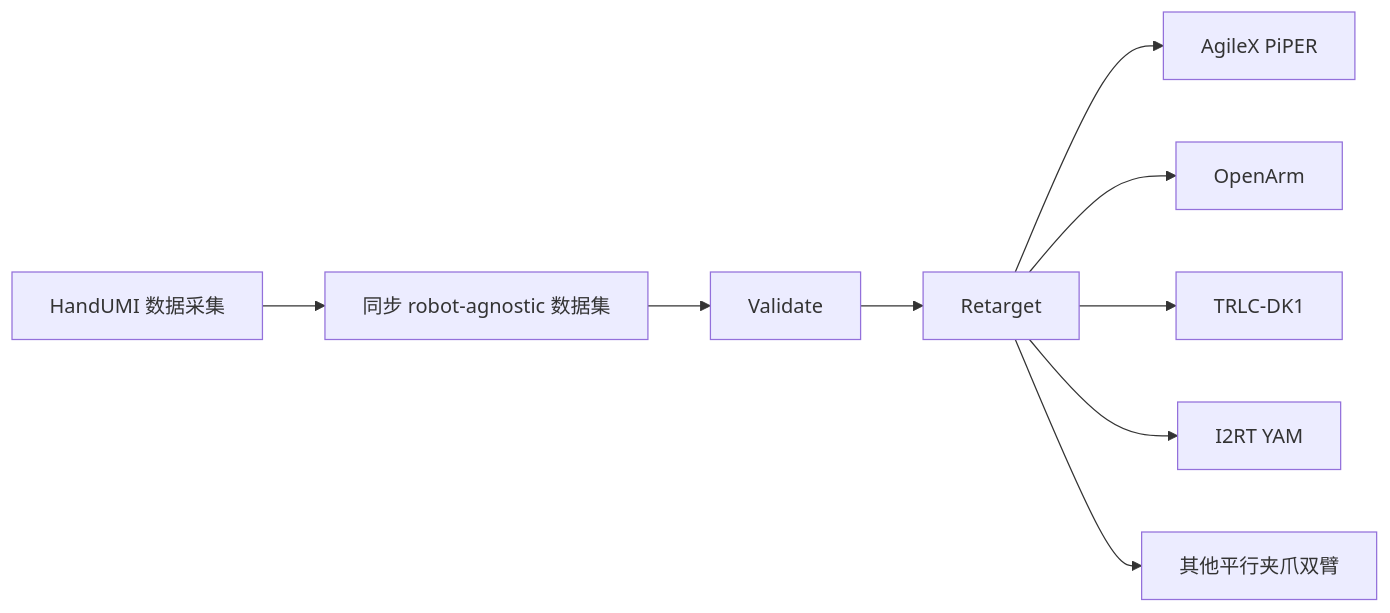
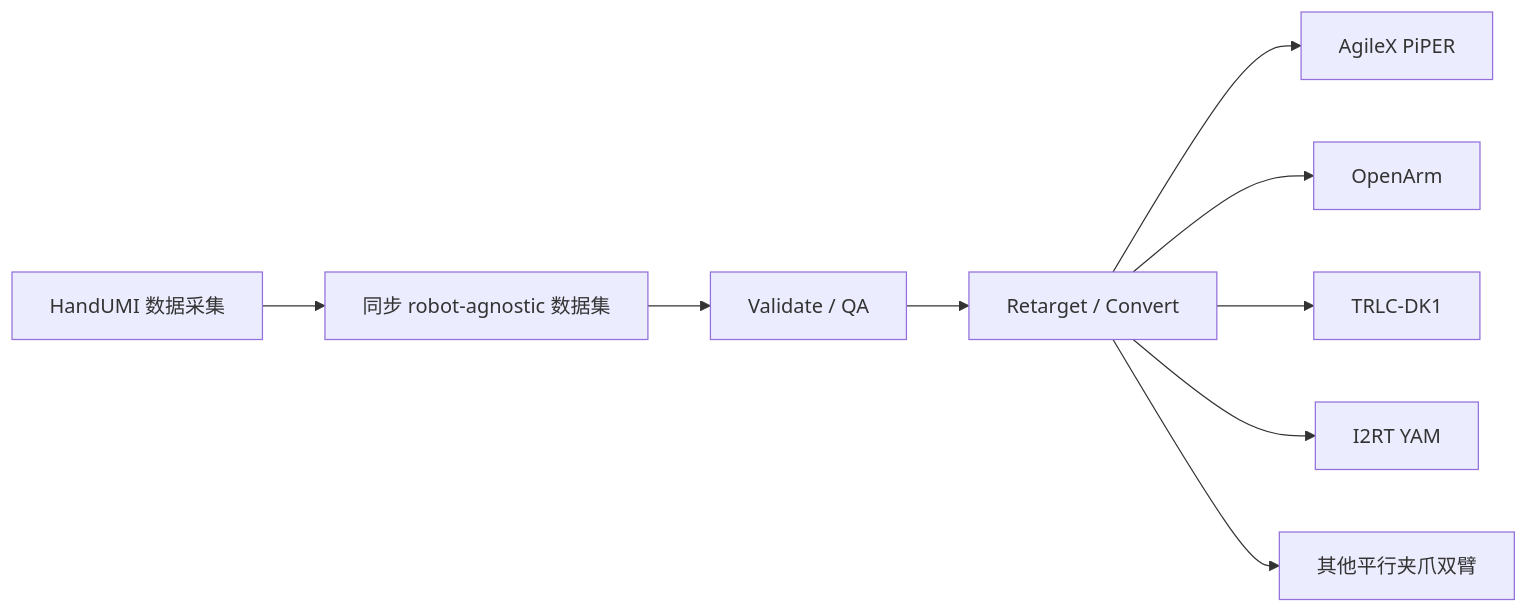
One commit to ImChong/Robotics_Notebooks changed the diagram in sources/repos/handumi-sw.md. Above: the diagram before and after it, drawn with Mermaid. The commit also changed other lines of this file and 15 other files, not shown here.

````diff
--- a/sources/repos/handumi-sw.md
+++ b/sources/repos/handumi-sw.md
@@ -29,11 +33,11 @@
 ```mermaid
 flowchart LR
     A[HandUMI 数据采集] --> B[同步 robot-agnostic 数据集]
-    B --> C[Validate]
-    C --> D[Retarget]
+    B --> C[Validate / QA]
+    C --> D[Retarget / Convert]
     D --> E[AgileX PiPER]
     D --> F[OpenArm]
     D --> G[TRLC-DK1]
     D --> H[I2RT YAM]
     D --> I[其他平行夹爪双臂]
 ```
````
